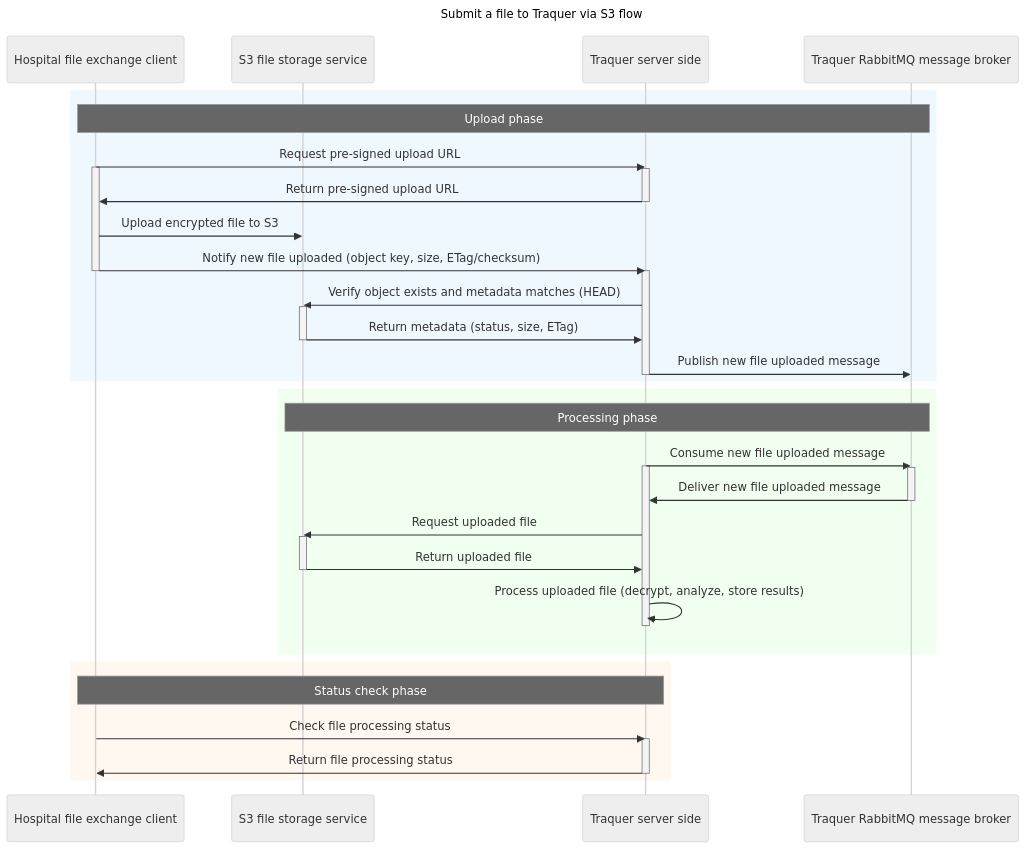
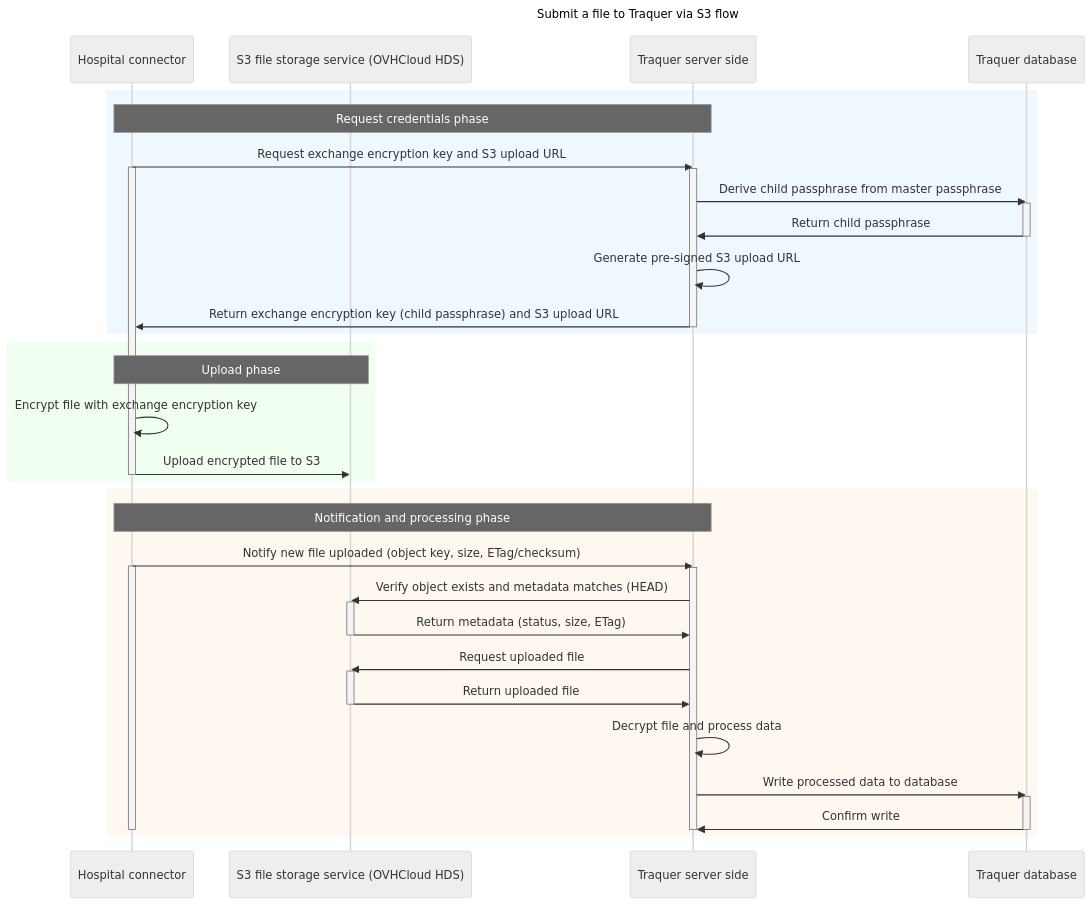
Before and after one commit to TRAqueR-BHR/TRAQUER.jl: the second of 2 diagrams in READMEs/file-gateway/README.md, drawn with Mermaid (neutral theme). The commit also changed other lines of this file, not shown here.

Commit message:
Refactor README.md to improve clarity and structure of file exchange documentation

````diff
--- a/READMEs/file-gateway/README.md
+++ b/READMEs/file-gateway/README.md
@@ -46,56 +50,53 @@
 ```mermaid
 sequenceDiagram
 title Submit a file to Traquer via S3 flow
 
 %% Participants
-participant HC as Hospital file exchange client
-participant S3 as S3 file storage service
+participant C as Hospital connector
+participant S3 as S3 file storage service (OVHCloud HDS)
 participant TS as Traquer server side
-participant RMQ as Traquer RabbitMQ message broker
+participant TDB as Traquer database
 
-%% Messages
 rect rgb(240,248,255)
-note over HC,RMQ: Upload phase
-HC->>TS: Request pre-signed upload URL
-activate HC
+note over C,TS: Request credentials phase
+C->>TS: Request exchange encryption key and S3 upload URL
+activate C
 activate TS
-TS->>HC: Return pre-signed upload URL
+TS->>TDB: Derive child passphrase from master passphrase
+activate TDB
+TDB->>TS: Return child passphrase
+deactivate TDB
+TS->>TS: Generate pre-signed S3 upload URL
+TS->>C: Return exchange encryption key (child passphrase) and S3 upload URL
 deactivate TS
+end
 
-HC->>S3: Upload encrypted file to S3
+rect rgb(240,255,240)
+note over C,S3: Upload phase
+C->>C: Encrypt file with exchange encryption key
+C->>S3: Upload encrypted file to S3
+deactivate C
+end
 
-HC->>TS: Notify new file uploaded (object key, size, ETag/checksum)
-deactivate HC
+rect rgb(255,248,240)
+note over C,TS: Notification and processing phase
+C->>TS: Notify new file uploaded (object key, size, ETag/checksum)
+activate C
 activate TS
 TS->>S3: Verify object exists and metadata matches (HEAD)
 activate S3
 S3->>TS: Return metadata (status, size, ETag)
 deactivate S3
-TS->>RMQ: Publish new file uploaded message
-deactivate TS
-end
-
-rect rgb(240,255,240)
-note over S3,RMQ: Processing phase
-TS->>RMQ: Consume new file uploaded message
-activate TS
-activate RMQ
-RMQ->>TS: Deliver new file uploaded message
-deactivate RMQ
 TS->>S3: Request uploaded file
 activate S3
 S3->>TS: Return uploaded file
 deactivate S3
-TS->>TS: Process uploaded file (decrypt, analyze, store results)
+TS->>TS: Decrypt file and process data
+TS->>TDB: Write processed data to database
+activate TDB
+TDB->>TS: Confirm write
+deactivate TDB
 deactivate TS
+deactivate C
 end
-
-rect rgb(255,248,240)
-note over HC,TS: Status check phase
-HC->>TS: Check file processing status
-activate TS
-TS->>HC: Return file processing status
-deactivate TS
-end
-
 ```
````
